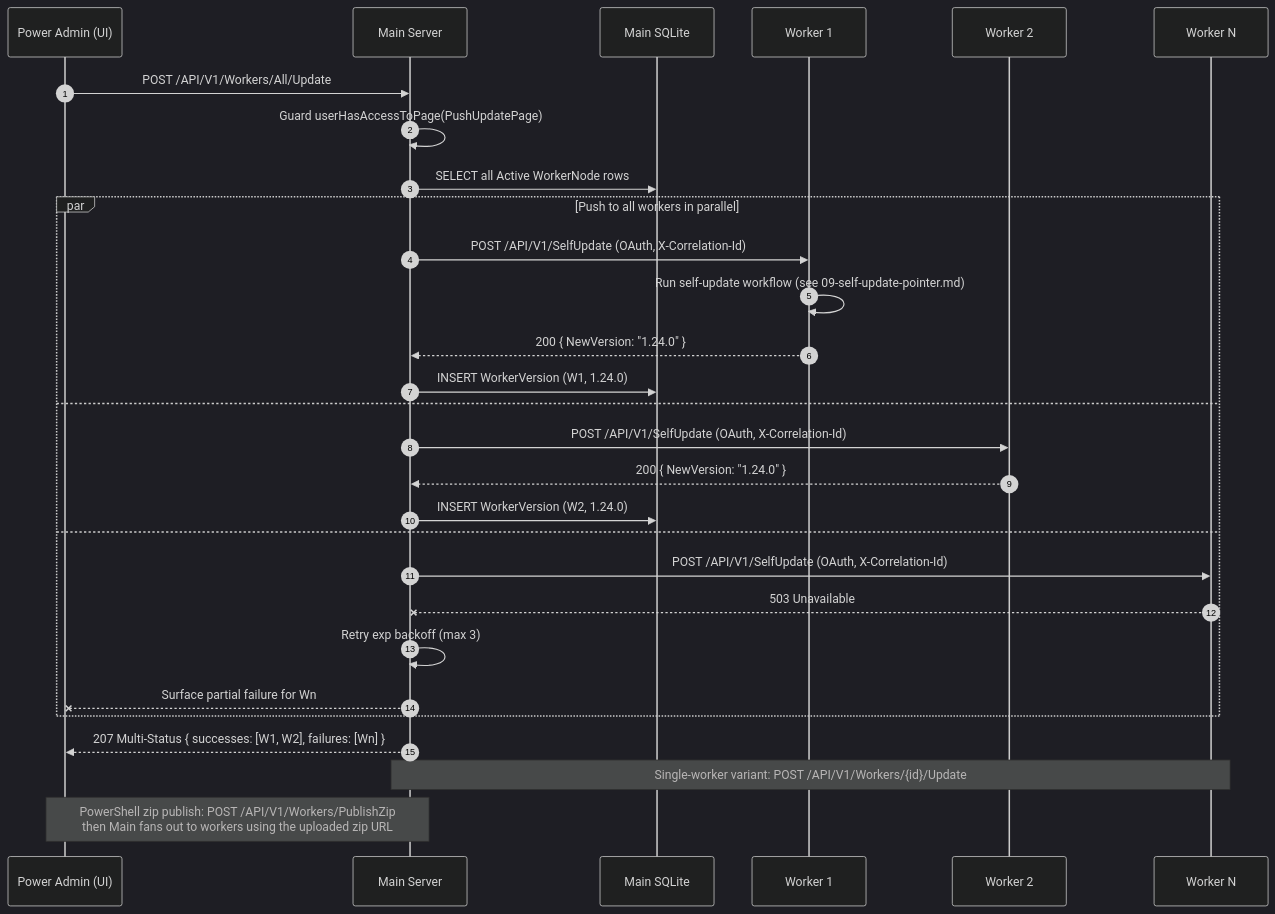
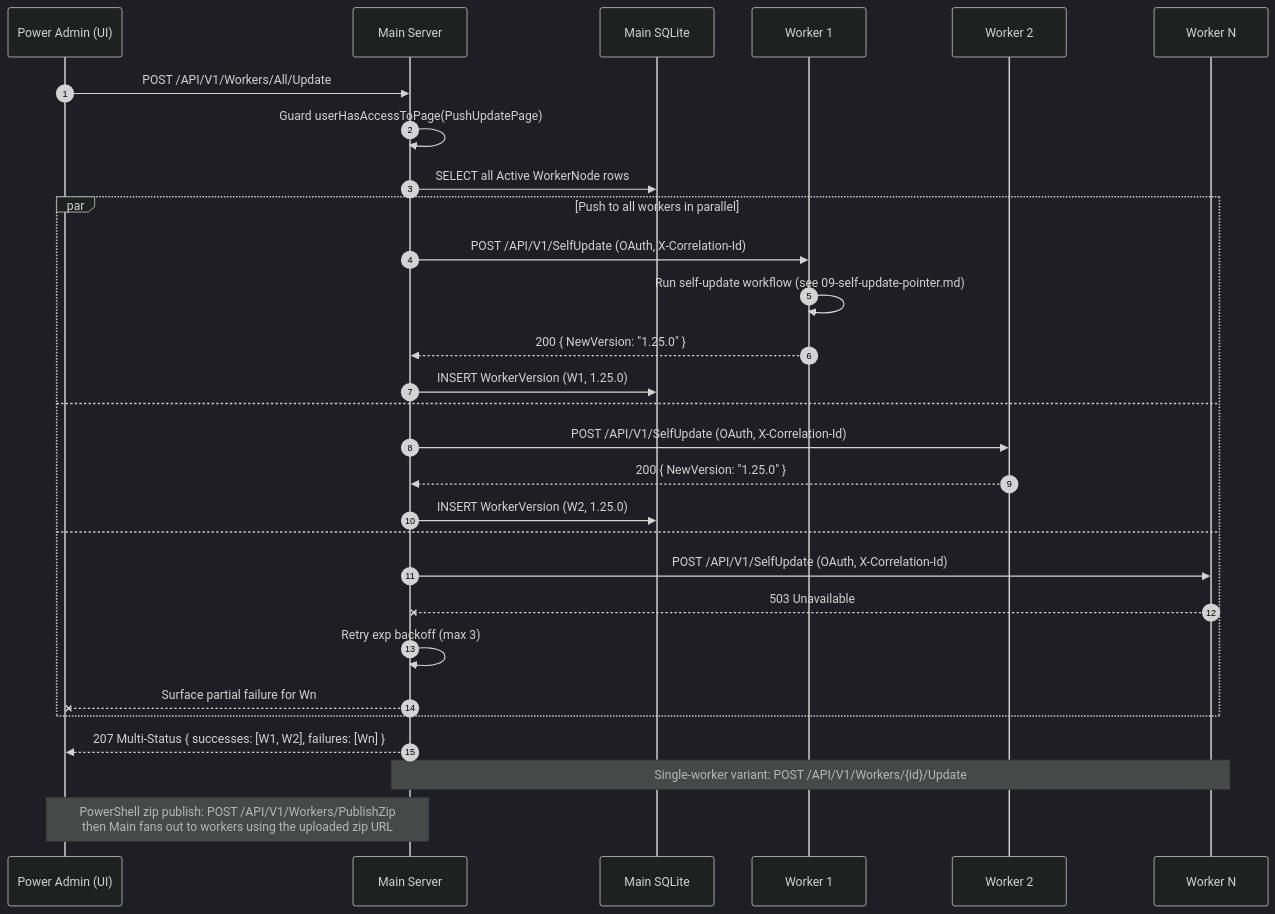
One commit to alimtvnetwork/prompt-architect-v2 changed the diagram in spec/19-main-worker-service/diagrams/seq-push-update.mmd. Above: the diagram before and after it, drawn with Mermaid (dark theme). The commit also changed 18 other files, not shown here.

```diff
--- a/spec/19-main-worker-service/diagrams/seq-push-update.mmd
+++ b/spec/19-main-worker-service/diagrams/seq-push-update.mmd
@@ -1,43 +1,43 @@
 %% ==========================================================
 %% NON-AUTHORITATIVE PROJECTION
 %% ==========================================================
 %% Subject:        Power-Admin push-update fan-out
 %% Authoritative:  spec/14-update/28-worker-push-instruction.md + spec/19/15-tunable-constants.md
 %% Status:         Illustrative only. If this diagram disagrees
 %%                 with the authoritative spec(s) above, the
 %%                 spec wins and this file is the bug.
 %% Banner version: 1.0.0 (2026-05-04, audit fix #9)
 %% ==========================================================
 sequenceDiagram
     autonumber
     participant Admin as Power Admin (UI)
     participant Main as Main Server
     participant DB as Main SQLite
     participant W1 as Worker 1
     participant W2 as Worker 2
     participant Wn as Worker N
 
     Admin->>Main: POST /API/V1/Workers/All/Update
     Main->>Main: Guard userHasAccessToPage(PushUpdatePage)
     Main->>DB: SELECT all Active WorkerNode rows
 
     par Push to all workers in parallel
         Main->>W1: POST /API/V1/SelfUpdate (OAuth, X-Correlation-Id)
         W1->>W1: Run self-update workflow (see 09-self-update-pointer.md)
-        W1-->>Main: 200 { NewVersion: "1.24.0" }
-        Main->>DB: INSERT WorkerVersion (W1, 1.24.0)
+        W1-->>Main: 200 { NewVersion: "1.25.0" }
+        Main->>DB: INSERT WorkerVersion (W1, 1.25.0)
     and
         Main->>W2: POST /API/V1/SelfUpdate (OAuth, X-Correlation-Id)
-        W2-->>Main: 200 { NewVersion: "1.24.0" }
-        Main->>DB: INSERT WorkerVersion (W2, 1.24.0)
+        W2-->>Main: 200 { NewVersion: "1.25.0" }
+        Main->>DB: INSERT WorkerVersion (W2, 1.25.0)
     and
         Main->>Wn: POST /API/V1/SelfUpdate (OAuth, X-Correlation-Id)
         Wn--xMain: 503 Unavailable
         Main->>Main: Retry exp backoff (max 3)
         Main--xAdmin: Surface partial failure for Wn
     end
 
     Main-->>Admin: 207 Multi-Status { successes: [W1, W2], failures: [Wn] }
 
     Note over Main,Wn: Single-worker variant: POST /API/V1/Workers/{id}/Update
     Note over Admin,Main: PowerShell zip publish: POST /API/V1/Workers/PublishZip<br/>then Main fans out to workers using the uploaded zip URL
```
